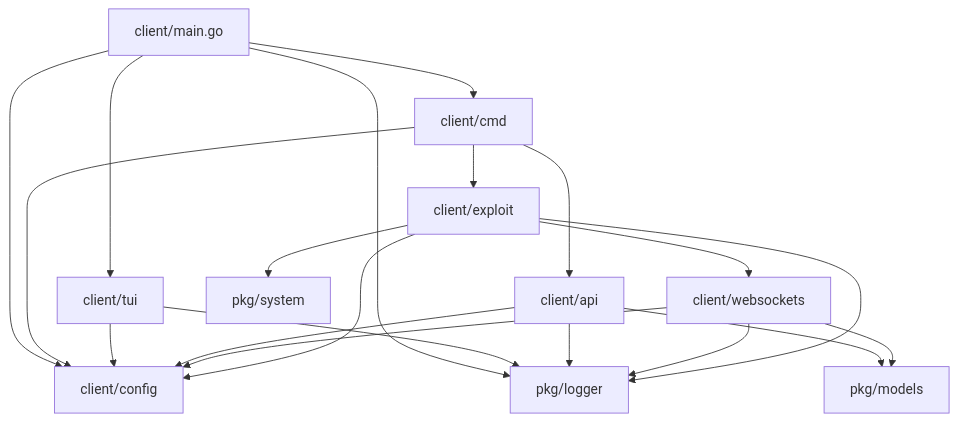
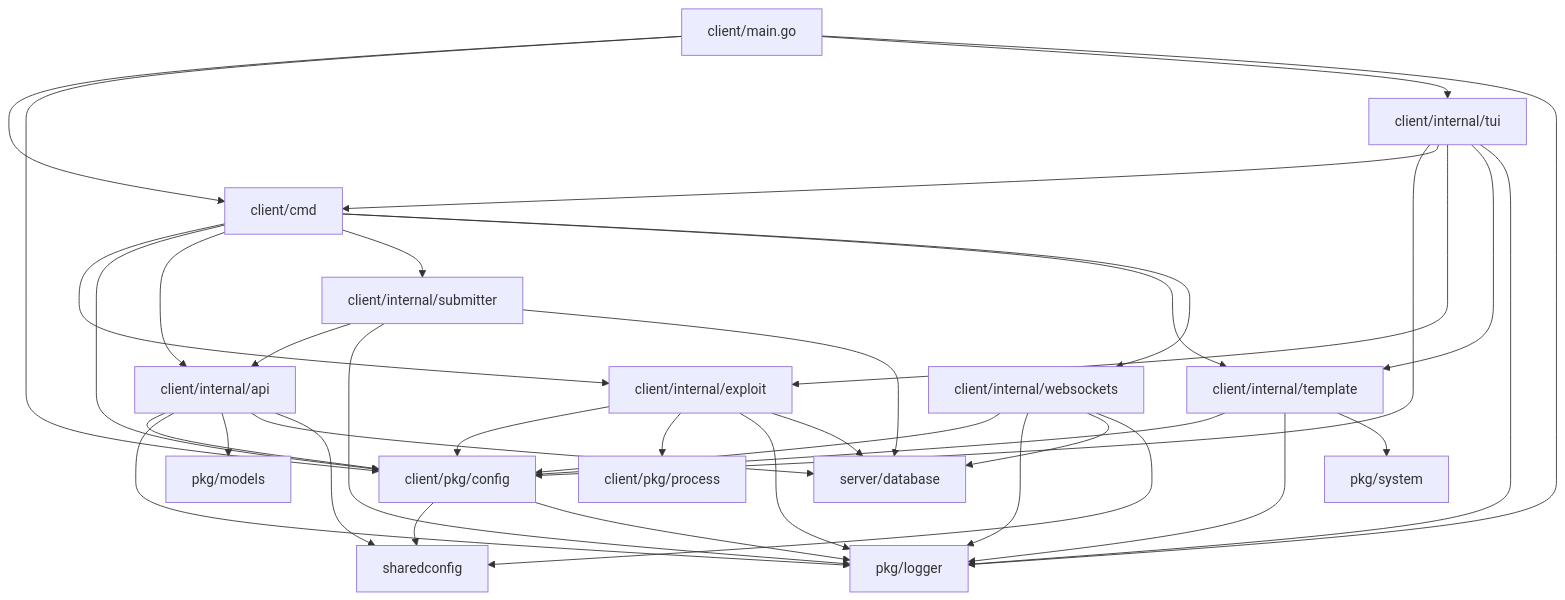
Before and after one commit to akiidjk/CookieFarm: the third of 4 diagrams in docs/DependencyGrapth.md, drawn with Mermaid. The commit also changed other lines of this file and 1 other file, not shown here.

Commit message:
Update docs for monorepo layout and deps

````diff
--- a/docs/DependencyGrapth.md
+++ b/docs/DependencyGrapth.md
@@ -117,39 +116,64 @@
 ```mermaid
 graph TD
     CLI_MAIN["client/main.go"]
     CLI_CMD["client/cmd"]
-    CLI_API["client/api"]
-    CLI_WS["client/websockets"]
-    CLI_EXPLOIT["client/exploit"]
-    CLI_CONFIG["client/config"]
-    CLI_TUI["client/tui"]
+    CLI_API["client/internal/api"]
+    CLI_WS["client/internal/websockets"]
+    CLI_EXPLOIT["client/internal/exploit"]
+    CLI_SUBMITTER["client/internal/submitter"]
+    CLI_TEMPLATE["client/internal/template"]
+    CLI_TUI["client/internal/tui"]
+    CLI_CONFIG["client/pkg/config"]
+    CLI_PROCESS["client/pkg/process"]
 
     PKG_LOGGER["pkg/logger"]
     PKG_MODELS["pkg/models"]
     PKG_SYSTEM["pkg/system"]
+    SRV_DB["server/database"]
+    SHAREDCFG["sharedconfig"]
 
     CLI_MAIN --> CLI_CMD
     CLI_MAIN --> CLI_CONFIG
     CLI_MAIN --> CLI_TUI
     CLI_MAIN --> PKG_LOGGER
 
     CLI_CMD --> CLI_EXPLOIT
     CLI_CMD --> CLI_CONFIG
     CLI_CMD --> CLI_API
+    CLI_CMD --> CLI_SUBMITTER
+    CLI_CMD --> CLI_TEMPLATE
+    CLI_CMD --> CLI_WS
 
     CLI_TUI --> CLI_CONFIG
+    CLI_TUI --> CLI_CMD
+    CLI_TUI --> CLI_EXPLOIT
+    CLI_TUI --> CLI_TEMPLATE
     CLI_TUI --> PKG_LOGGER
 
     CLI_API --> CLI_CONFIG
     CLI_API --> PKG_LOGGER
     CLI_API --> PKG_MODELS
+    CLI_API --> SRV_DB
+    CLI_API --> SHAREDCFG
 
     CLI_WS --> CLI_CONFIG
     CLI_WS --> PKG_LOGGER
-    CLI_WS --> PKG_MODELS
+    CLI_WS --> SRV_DB
+    CLI_WS --> SHAREDCFG
 
     CLI_EXPLOIT --> CLI_CONFIG
-    CLI_EXPLOIT --> CLI_WS
+    CLI_EXPLOIT --> CLI_PROCESS
     CLI_EXPLOIT --> PKG_LOGGER
-    CLI_EXPLOIT --> PKG_SYSTEM
+    CLI_EXPLOIT --> SRV_DB
+
+    CLI_SUBMITTER --> CLI_API
+    CLI_SUBMITTER --> PKG_LOGGER
+    CLI_SUBMITTER --> SRV_DB
+
+    CLI_TEMPLATE --> CLI_CONFIG
+    CLI_TEMPLATE --> PKG_LOGGER
+    CLI_TEMPLATE --> PKG_SYSTEM
+
+    CLI_CONFIG --> SHAREDCFG
+    CLI_CONFIG --> PKG_LOGGER
 ```
````
